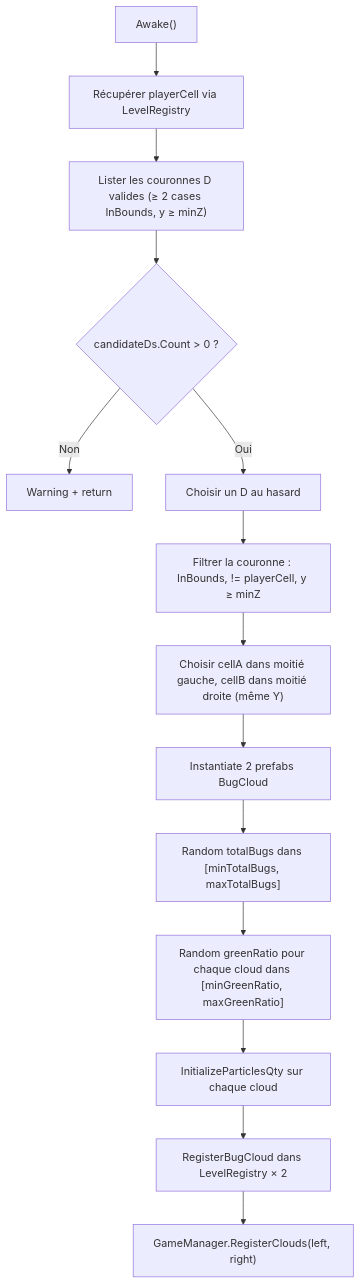
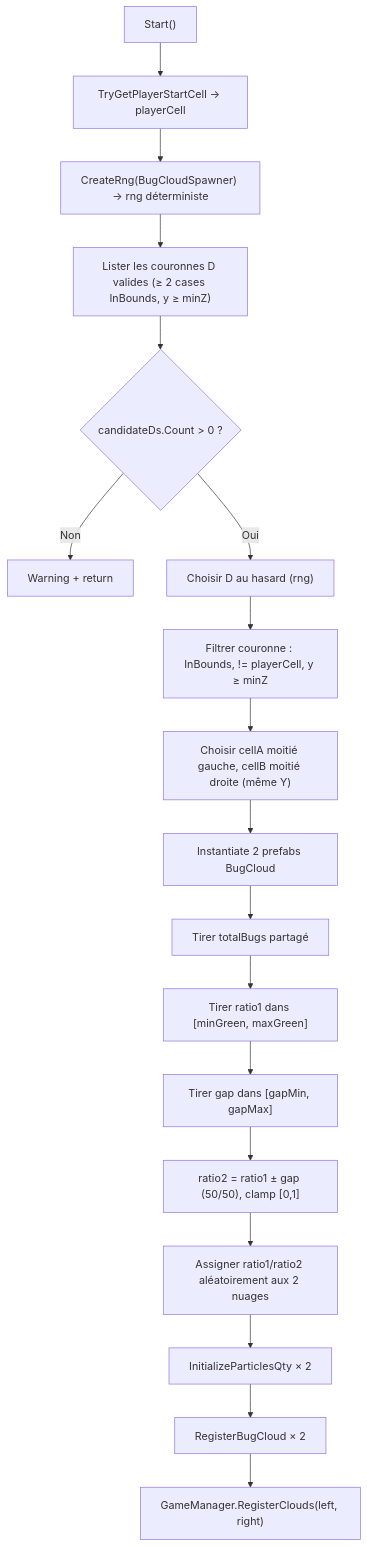
One commit to PierreChagnon/BUGS changed the first of 13 diagrams in Docs/TDD.md. Above: the diagram before and after it, drawn with Mermaid. The commit also changed other lines of this file, not shown here.

````diff
--- a/Docs/TDD.md
+++ b/Docs/TDD.md
@@ -141,16 +159,20 @@
 ```mermaid
 graph TD
-    A["Awake()"] --> B[Récupérer playerCell via LevelRegistry]
-    B --> C["Lister les couronnes D valides (≥ 2 cases InBounds, y ≥ minZ)"]
-    C --> D{candidateDs.Count > 0 ?}
-    D -->|Non| E[Warning + return]
-    D -->|Oui| F[Choisir un D au hasard]
-    F --> G["Filtrer la couronne : InBounds, != playerCell, y ≥ minZ"]
-    G --> H["Choisir cellA dans moitié gauche, cellB dans moitié droite (même Y)"]
-    H --> I["Instantiate 2 prefabs BugCloud"]
-    I --> J["Random totalBugs dans [minTotalBugs, maxTotalBugs]"]
-    J --> K["Random greenRatio pour chaque cloud dans [minGreenRatio, maxGreenRatio]"]
-    K --> L[InitializeParticlesQty sur chaque cloud]
-    L --> M[RegisterBugCloud dans LevelRegistry × 2]
-    M --> N["GameManager.RegisterClouds(left, right)"]
+    A["Start()"] --> B["TryGetPlayerStartCell → playerCell"]
+    B --> C["CreateRng(BugCloudSpawner) → rng déterministe"]
+    C --> D["Lister les couronnes D valides (≥ 2 cases InBounds, y ≥ minZ)"]
+    D --> E{candidateDs.Count > 0 ?}
+    E -->|Non| F[Warning + return]
+    E -->|Oui| G["Choisir D au hasard (rng)"]
+    G --> H["Filtrer couronne : InBounds, != playerCell, y ≥ minZ"]
+    H --> I["Choisir cellA moitié gauche, cellB moitié droite (même Y)"]
+    I --> J["Instantiate 2 prefabs BugCloud"]
+    J --> K["Tirer totalBugs partagé"]
+    K --> L["Tirer ratio1 dans [minGreen, maxGreen]"]
+    L --> M["Tirer gap dans [gapMin, gapMax]"]
+    M --> N["ratio2 = ratio1 ± gap (50/50), clamp [0,1]"]
+    N --> O["Assigner ratio1/ratio2 aléatoirement aux 2 nuages"]
+    O --> P["InitializeParticlesQty × 2"]
+    P --> Q["RegisterBugCloud × 2"]
+    Q --> R["GameManager.RegisterClouds(left, right)"]
 ```
````
